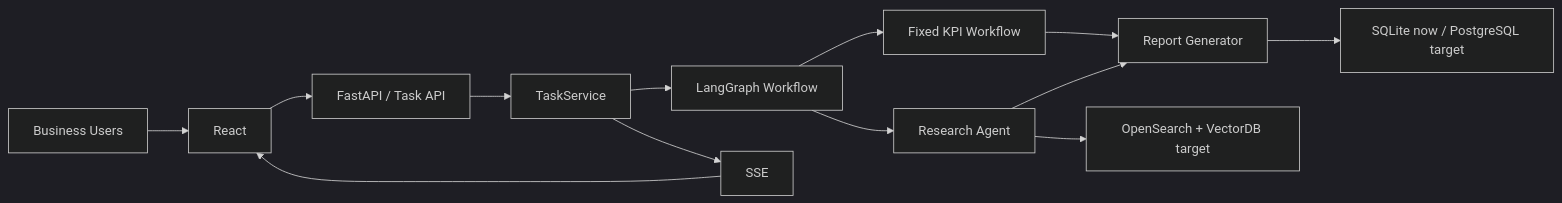
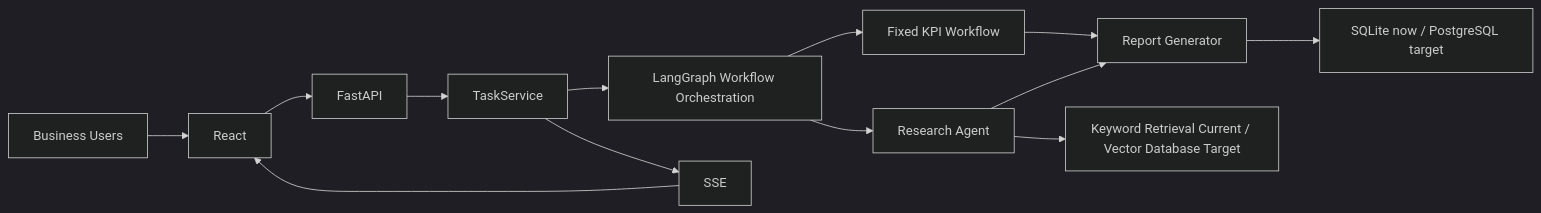
One commit to kurekako2017/vscode_study changed the first of 8 diagrams in ai-lab/ai-learn/retail-insight-ai/docs/ai-agent-retail-handbook-v3/09_系统设计书.md. Above: the diagram before and after it, drawn with Mermaid (dark theme). The commit also changed other lines of this file and 6 other files, not shown here.

````diff
--- a/ai-lab/ai-learn/retail-insight-ai/docs/ai-agent-retail-handbook-v3/09_系统设计书.md
+++ b/ai-lab/ai-learn/retail-insight-ai/docs/ai-agent-retail-handbook-v3/09_系统设计书.md
@@ -227,15 +240,15 @@
 ```mermaid
 flowchart LR
     USER["Business Users"] --> FE["React"]
-    FE --> API["FastAPI / Task API"]
+    FE --> API["FastAPI"]
     API --> TS["TaskService"]
-    TS --> WF["LangGraph Workflow"]
+    TS --> WF["LangGraph Workflow Orchestration"]
     WF --> KPI["Fixed KPI Workflow"]
     WF --> RA["Research Agent"]
     KPI --> RG["Report Generator"]
     RA --> RG
     RG --> DATA["SQLite now / PostgreSQL target"]
     TS --> SSE["SSE"]
     SSE --> FE
-    RA --> SEARCH["OpenSearch + VectorDB target"]
+    RA --> SEARCH["Keyword Retrieval Current / Vector Database Target"]
 ```
````
